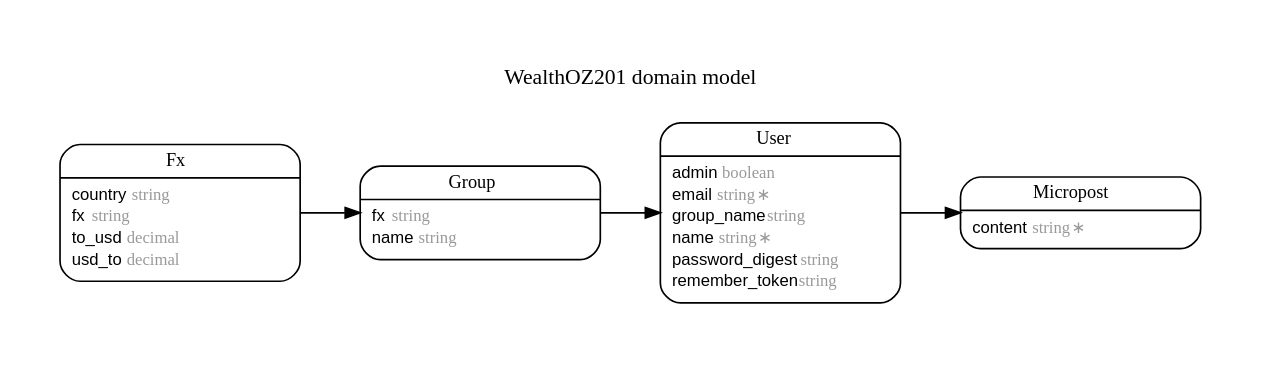
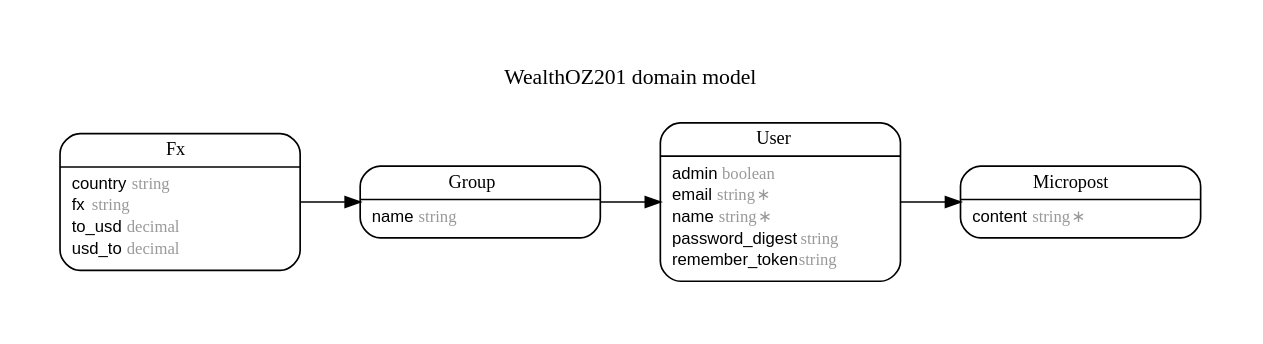
One commit to wealthoz/wealthoz.com changed the diagram in erd.dot. Above: the diagram before and after it, drawn with Graphviz. The commit also changed 16 other files, not shown here.

Commit message:
Better errors and schema fixed and default group

```diff
--- a/erd.dot
+++ b/erd.dot
@@ -1,58 +1,56 @@
 digraph WealthOZ201 {
 rankdir = "LR";
 ranksep = "0.5";
 nodesep = "0.4";
 pad = "0.4,0.4";
 margin = "0,0";
 concentrate = "true";
 labelloc = "t";
 fontsize = "13";
 fontname = "Arial Bold";
 node[ shape  =  "Mrecord" , fontsize  =  "10" , fontname  =  "Arial" , margin  =  "0.07,0.05" , penwidth  =  "1.0"];
 edge[ fontname  =  "Arial" , fontsize  =  "7" , dir  =  "both" , arrowsize  =  "0.9" , penwidth  =  "1.0" , labelangle  =  "32" , labeldistance  =  "1.8"];
 label = "WealthOZ201 domain model\n\n";
 m_Fx [label = <<table border="0" align="center" cellspacing="0.5" cellpadding="0" width="134">
   <tr><td align="center" valign="bottom" width="130"><font face="Arial Bold" point-size="11">Fx</font></td></tr>
 </table>
 |
 <table border="0" align="left" cellspacing="2" cellpadding="0" width="134">
   <tr><td align="left" width="130" port="country">country <font face="Arial Italic" color="grey60">string</font></td></tr>
   <tr><td align="left" width="130" port="fx">fx <font face="Arial Italic" color="grey60">string</font></td></tr>
   <tr><td align="left" width="130" port="to_usd">to_usd <font face="Arial Italic" color="grey60">decimal</font></td></tr>
   <tr><td align="left" width="130" port="usd_to">usd_to <font face="Arial Italic" color="grey60">decimal</font></td></tr>
 </table>
 >];
 m_Group [label = <<table border="0" align="center" cellspacing="0.5" cellpadding="0" width="134">
   <tr><td align="center" valign="bottom" width="130"><font face="Arial Bold" point-size="11">Group</font></td></tr>
 </table>
 |
 <table border="0" align="left" cellspacing="2" cellpadding="0" width="134">
-  <tr><td align="left" width="130" port="fx">fx <font face="Arial Italic" color="grey60">string</font></td></tr>
   <tr><td align="left" width="130" port="name">name <font face="Arial Italic" color="grey60">string</font></td></tr>
 </table>
 >];
 m_Micropost [label = <<table border="0" align="center" cellspacing="0.5" cellpadding="0" width="134">
   <tr><td align="center" valign="bottom" width="130"><font face="Arial Bold" point-size="11">Micropost</font></td></tr>
 </table>
 |
 <table border="0" align="left" cellspacing="2" cellpadding="0" width="134">
   <tr><td align="left" width="130" port="content">content <font face="Arial Italic" color="grey60">string ∗</font></td></tr>
 </table>
 >];
 m_User [label = <<table border="0" align="center" cellspacing="0.5" cellpadding="0" width="134">
   <tr><td align="center" valign="bottom" width="130"><font face="Arial Bold" point-size="11">User</font></td></tr>
 </table>
 |
 <table border="0" align="left" cellspacing="2" cellpadding="0" width="134">
   <tr><td align="left" width="130" port="admin">admin <font face="Arial Italic" color="grey60">boolean</font></td></tr>
   <tr><td align="left" width="130" port="email">email <font face="Arial Italic" color="grey60">string ∗</font></td></tr>
-  <tr><td align="left" width="130" port="group_name">group_name <font face="Arial Italic" color="grey60">string</font></td></tr>
   <tr><td align="left" width="130" port="name">name <font face="Arial Italic" color="grey60">string ∗</font></td></tr>
   <tr><td align="left" width="130" port="password_digest">password_digest <font face="Arial Italic" color="grey60">string</font></td></tr>
   <tr><td align="left" width="130" port="remember_token">remember_token <font face="Arial Italic" color="grey60">string</font></td></tr>
 </table>
 >];
   m_Fx -> m_Group [arrowhead = "normal", arrowtail = "none", weight = "2"];
   m_Group -> m_User [arrowhead = "normal", arrowtail = "none", weight = "2"];
   m_User -> m_Micropost [arrowhead = "normal", arrowtail = "none", weight = "2"];
 }
```
